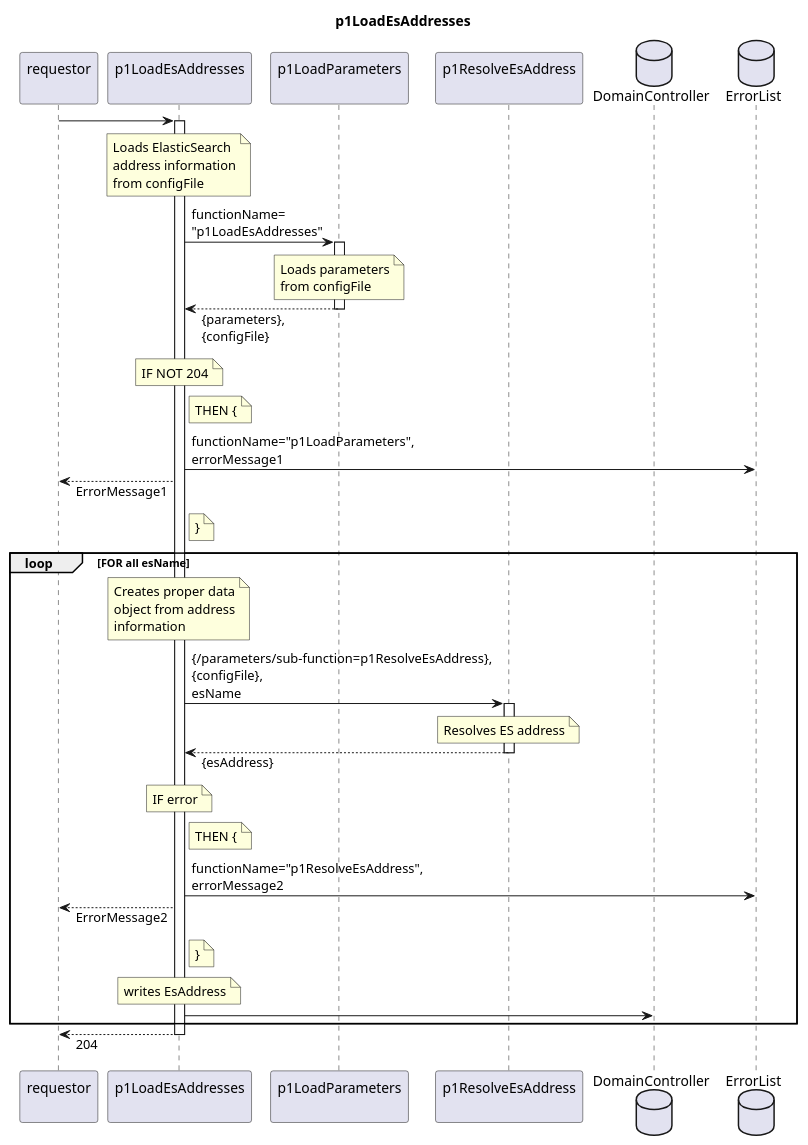
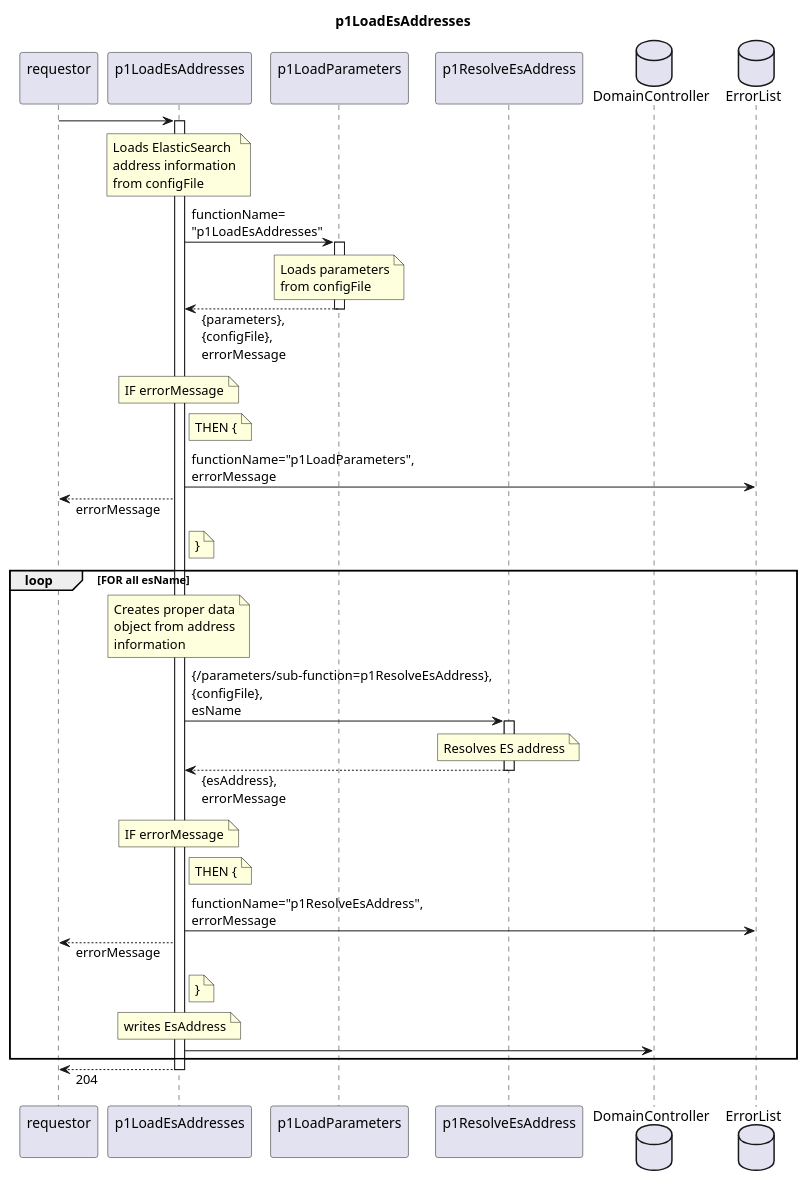
The diagram in spec/Functions/Administrative/p1LoadEsAddresses/1.0.0/p1LoadEsAddresses.plantuml (openBackhaul/FirmWareManager), drawn with PlantUML before and after one commit. The commit also changed 18 other files, not shown here.

```diff
--- a/spec/Functions/Administrative/p1LoadEsAddresses/1.0.0/p1LoadEsAddresses.plantuml
+++ b/spec/Functions/Administrative/p1LoadEsAddresses/1.0.0/p1LoadEsAddresses.plantuml
@@ -1,75 +1,75 @@
 @startuml p1LoadEsAddresses
 skinparam responseMessageBelowArrow true
 
 title
   p1LoadEsAddresses
 end title
 
 participant "requestor\n" as requestor
 participant "p1LoadEsAddresses\n" as p1LEA
 participant "p1LoadParameters\n" as p1LP
 participant "p1ResolveEsAddress\n" as p1REA
 database "DomainController" as DC
 database "ErrorList" as hEL
 
 requestor -> p1LEA
 activate p1LEA
   note over p1LEA
     Loads ElasticSearch
     address information
     from configFile
   end note
   p1LEA -> p1LP: functionName=\n"p1LoadEsAddresses"
   activate p1LP
     note over p1LP
       Loads parameters
       from configFile
     end note
-  p1LEA <-- p1LP: {parameters},\n{configFile}
+  p1LEA <-- p1LP: {parameters},\n{configFile},\nerrorMessage
   deactivate p1LP
   note over p1LEA
-    IF NOT 204
+    IF errorMessage
   end note
   note right p1LEA
     THEN {
   end note
-  p1LEA -> hEL: functionName="p1LoadParameters",\nerrorMessage1
-  requestor <-- p1LEA: ErrorMessage1
+  p1LEA -> hEL: functionName="p1LoadParameters",\nerrorMessage
+  requestor <-- p1LEA: errorMessage
   note right p1LEA
     }
   end note
 
   loop FOR all esName
     note over p1LEA
       Creates proper data
       object from address
       information
     end note
     p1LEA -> p1REA: {/parameters/sub-function=p1ResolveEsAddress},\n{configFile},\nesName
     activate p1REA
       note over p1REA
         Resolves ES address
       end note
-    p1LEA <-- p1REA: {esAddress}
+    p1LEA <-- p1REA: {esAddress},\nerrorMessage
     deactivate p1REA
     note over p1LEA
-      IF error
+      IF errorMessage
     end note
     note right p1LEA
       THEN {
     end note
-    p1LEA -> hEL: functionName="p1ResolveEsAddress",\nerrorMessage2
-    requestor <-- p1LEA: ErrorMessage2
+    p1LEA -> hEL: functionName="p1ResolveEsAddress",\nerrorMessage
+    requestor <-- p1LEA: errorMessage
     note right p1LEA
       }
     end note
 
     note over p1LEA
       writes EsAddress
     end note
     p1LEA -> DC
   end loop
 requestor <-- p1LEA: 204
 deactivate p1LEA
 
 @enduml
```
